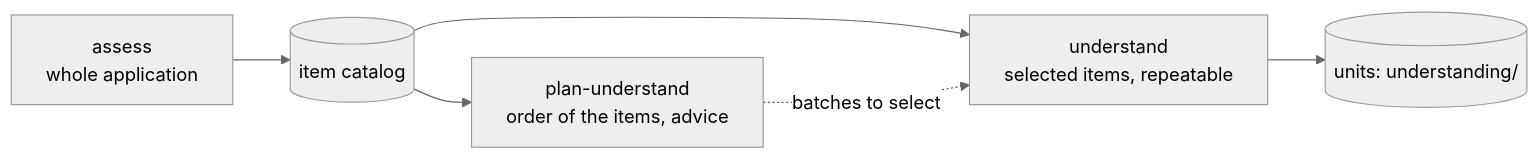
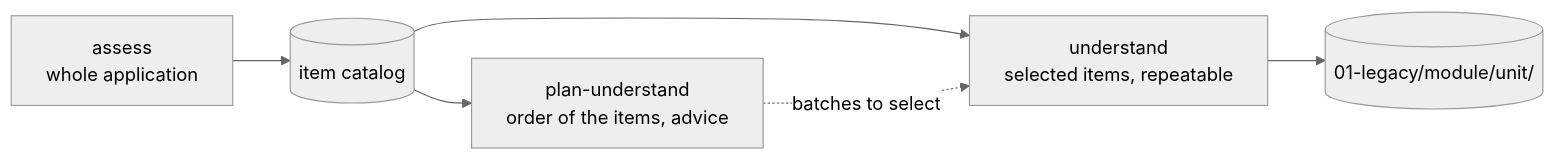
The second of 3 diagrams in docs/methodology/delivery-pipeline.md (evoelsewhere/kintsugi), drawn with Mermaid (neutral theme) before and after one commit. The commit also changed other lines of this file and 318 other files, not shown here.

````diff
--- a/docs/methodology/delivery-pipeline.md
+++ b/docs/methodology/delivery-pipeline.md
@@ -70,8 +70,8 @@
 ```mermaid
 flowchart LR
   assess["assess<br/>whole application"] --> catalog[("item catalog")]
   catalog --> plan["plan-understand<br/>order of the items, advice"]
   catalog --> understand["understand<br/>selected items, repeatable"]
   plan -.->|"batches to select"| understand
-  understand --> units[("units: understanding/")]
+  understand --> units[("01-legacy/module/unit/")]
 ```
````
